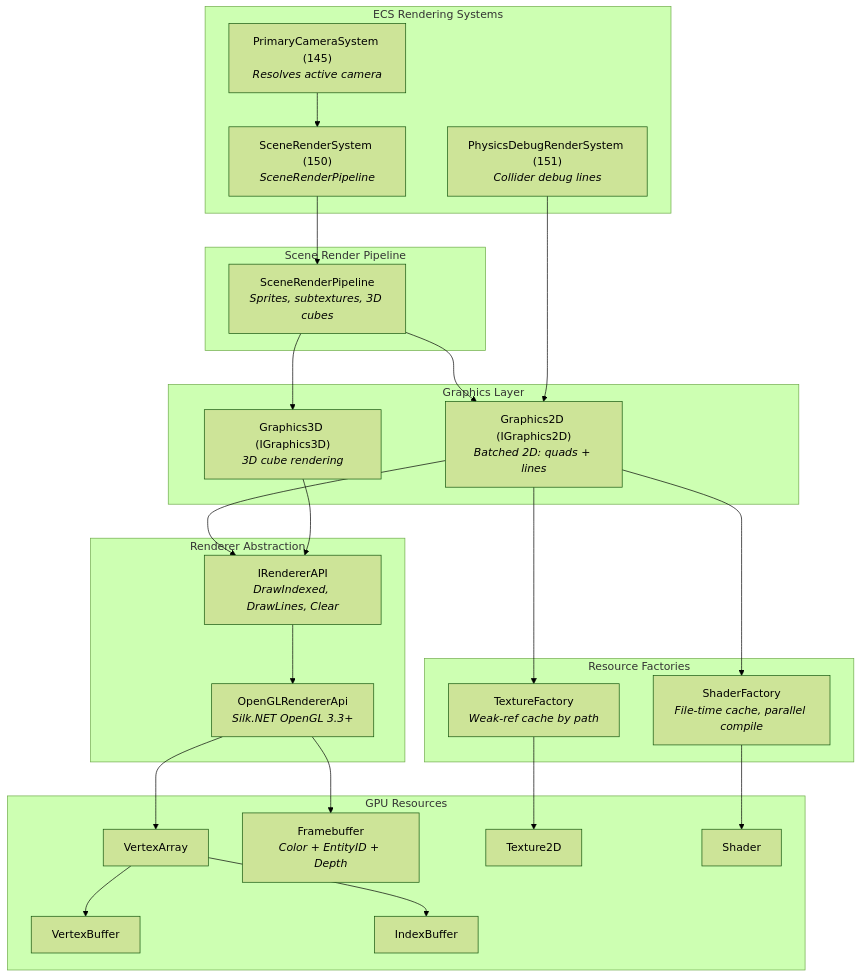
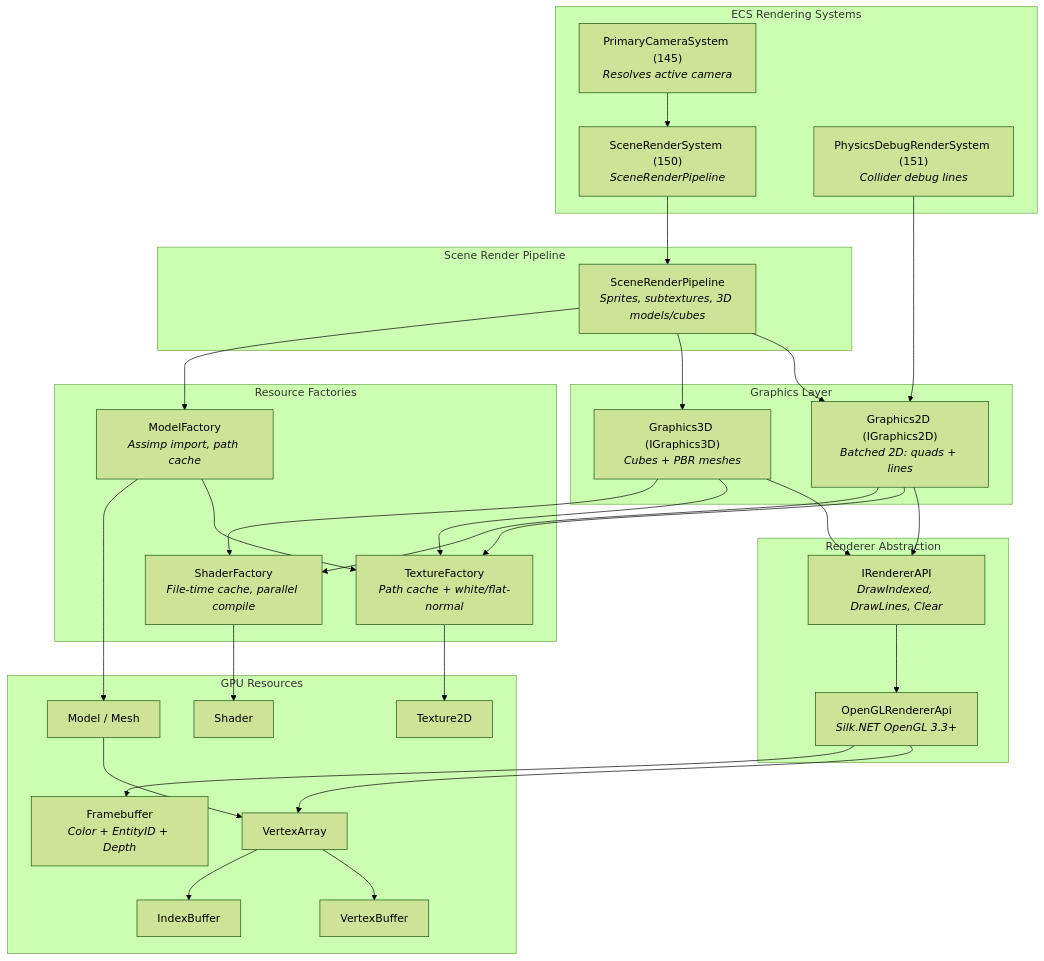
Before and after one commit to kateusz/GameEngine: the first of 5 diagrams in docs/architecture/rendering-pipeline.md, drawn with Mermaid (forest theme). The commit also changed other lines of this file and 9 other files, not shown here.

````diff
--- a/docs/architecture/rendering-pipeline.md
+++ b/docs/architecture/rendering-pipeline.md
@@ -9,53 +9,61 @@
 ```mermaid
 graph TB
     subgraph "ECS Rendering Systems"
         PCS["PrimaryCameraSystem (145)<br/><i>Resolves active camera</i>"]
         SRS["SceneRenderSystem (150)<br/><i>SceneRenderPipeline</i>"]
         PDRS["PhysicsDebugRenderSystem (151)<br/><i>Collider debug lines</i>"]
     end
 
     subgraph "Scene Render Pipeline"
-        SRP["SceneRenderPipeline<br/><i>Sprites, subtextures, 3D cubes</i>"]
+        SRP["SceneRenderPipeline<br/><i>Sprites, subtextures, 3D models/cubes</i>"]
     end
 
     subgraph "Graphics Layer"
         G2D["Graphics2D (IGraphics2D)<br/><i>Batched 2D: quads + lines</i>"]
-        G3D["Graphics3D (IGraphics3D)<br/><i>3D cube rendering</i>"]
+        G3D["Graphics3D (IGraphics3D)<br/><i>Cubes + PBR meshes</i>"]
     end
 
     subgraph "Resource Factories"
-        TF["TextureFactory<br/><i>Weak-ref cache by path</i>"]
+        TF["TextureFactory<br/><i>Path cache + white/flat-normal</i>"]
         SF["ShaderFactory<br/><i>File-time cache, parallel compile</i>"]
+        MF["ModelFactory<br/><i>Assimp import, path cache</i>"]
     end
 
     subgraph "Renderer Abstraction"
         API["IRendererAPI<br/><i>DrawIndexed, DrawLines, Clear</i>"]
         OAPI["OpenGLRendererApi<br/><i>Silk.NET OpenGL 3.3+</i>"]
     end
 
     subgraph "GPU Resources"
         VAO["VertexArray"]
         VBO["VertexBuffer"]
         IBO["IndexBuffer"]
         FB["Framebuffer<br/><i>Color + EntityID + Depth</i>"]
         Tex["Texture2D"]
         Shader["Shader"]
+        Model["Model / Mesh"]
     end
 
     PCS --> SRS
     SRS --> SRP
     SRP --> G2D
     SRP --> G3D
+    SRP --> MF
     PDRS --> G2D
     G2D --> API
     G3D --> API
     G2D --> TF
     G2D --> SF
+    G3D --> TF
+    G3D --> SF
+    MF --> TF
+    MF --> Model
     API --> OAPI
     OAPI --> VAO
     OAPI --> FB
     TF --> Tex
     SF --> Shader
+    Model --> VAO
     VAO --> VBO
     VAO --> IBO
 ```
````
